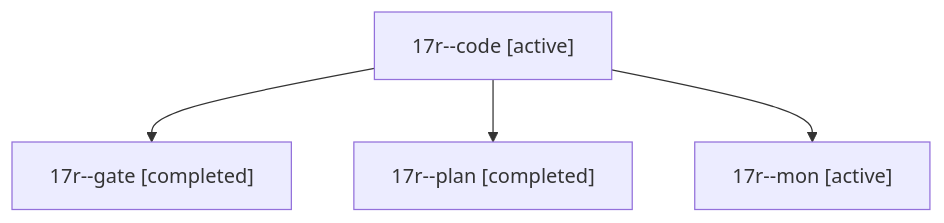
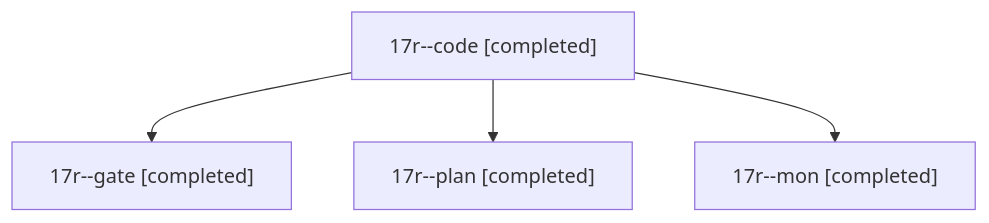
The diagram in sessions/bbugyi200.athena.17r.md (bobs-org/bob-cli--agents), drawn with Mermaid before and after one commit. The commit also changed other lines of this file and 7 other files, not shown here.

````diff
--- a/sessions/bbugyi200.athena.17r.md
+++ b/sessions/bbugyi200.athena.17r.md
@@ -9,10 +9,10 @@
 ```mermaid
 flowchart TD
-  n0["17r--code [active]"]
+  n0["17r--code [completed]"]
   n1["17r--gate [completed]"]
   n0 --> n1
   n2["17r--plan [completed]"]
   n0 --> n2
-  n3["17r--mon [active]"]
+  n3["17r--mon [completed]"]
   n0 --> n3
 ```
````
